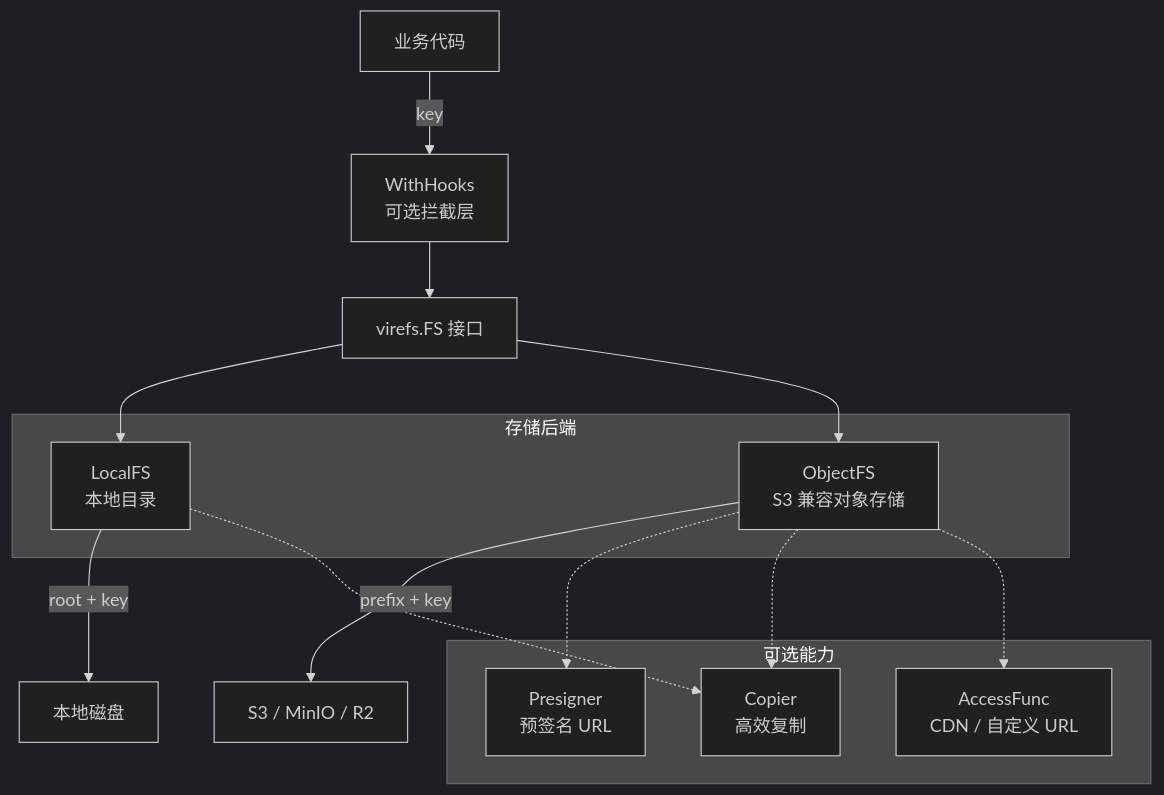
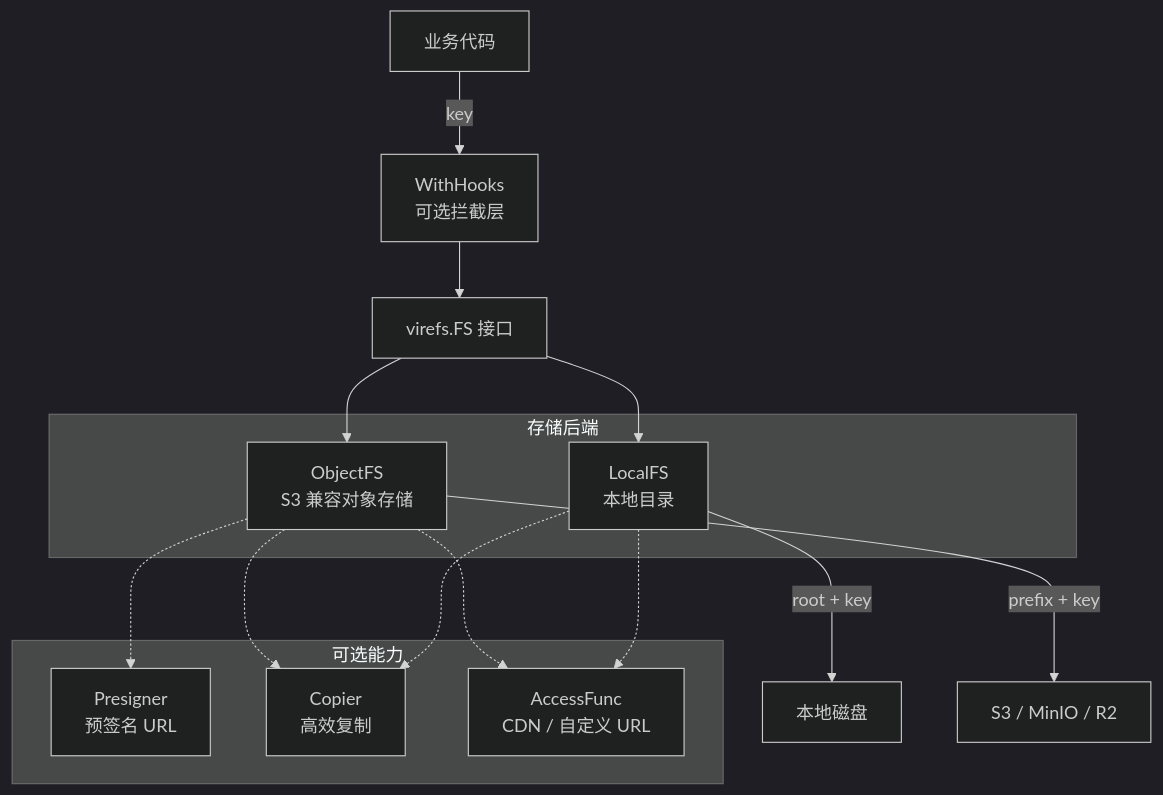
One commit to lin-snow/VireFS changed the first of 2 diagrams in README.md. Above: the diagram before and after it, drawn with Mermaid (dark theme). The commit also changed other lines of this file and 19 other files, not shown here.

````diff
--- a/README.md
+++ b/README.md
@@ -26,28 +26,29 @@
 ```mermaid
 flowchart TB
     app["业务代码"]
     app -->|"key"| hooks["WithHooks\n可选拦截层"]
     hooks --> fsInterface["virefs.FS 接口"]
 
     subgraph backends [存储后端]
         localFS["LocalFS\n本地目录"]
         objectFS["ObjectFS\nS3 兼容对象存储"]
     end
 
     fsInterface --> localFS
     fsInterface --> objectFS
 
     localFS -->|"root + key"| disk["本地磁盘"]
     objectFS -->|"prefix + key"| s3["S3 / MinIO / R2"]
 
     subgraph optional [可选能力]
         presigner["Presigner\n预签名 URL"]
         copier["Copier\n高效复制"]
         accessFn["AccessFunc\nCDN / 自定义 URL"]
     end
 
     objectFS -.-> presigner
     objectFS -.-> copier
     localFS -.-> copier
     objectFS -.-> accessFn
+    localFS -.-> accessFn
 ```
````
